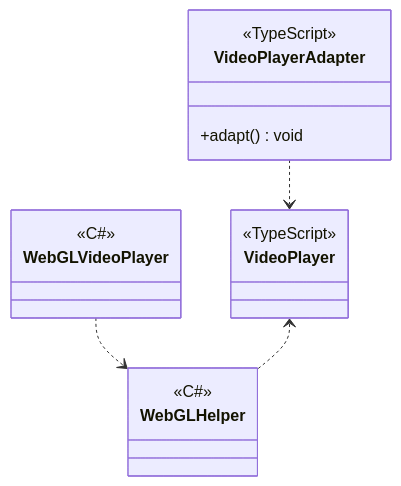
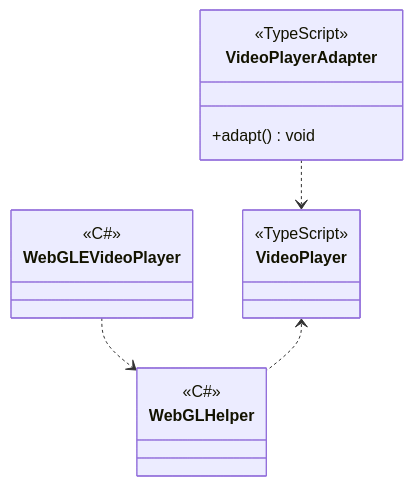
The third of 3 diagrams in docs/integration/web.common.md (extreal-dev/Extreal.Guide), drawn with Mermaid before and after one commit. The commit also changed other lines of this file and 1 other file, not shown here.

Commit message:
Fix class diagram and usage

````diff
--- a/docs/integration/web.common.md
+++ b/docs/integration/web.common.md
@@ -103,24 +90,24 @@
 ```mermaid
 classDiagram
 
-    WebGLVideoPlayer ..> WebGLHelper  
+    WebGLEVideoPlayer ..> WebGLHelper  
     VideoPlayer <.. WebGLHelper  
     VideoPlayerAdapter ..> VideoPlayer
 
-    class WebGLVideoPlayer {
+    class WebGLEVideoPlayer {
         <<C#>>
     }
     
     class WebGLHelper {
         <<C#>>
     }
 
     class VideoPlayerAdapter {
         <<TypeScript>>
         +adapt() void
     }
     
     class VideoPlayer {
         <<TypeScript>>
     }
 ```
````
